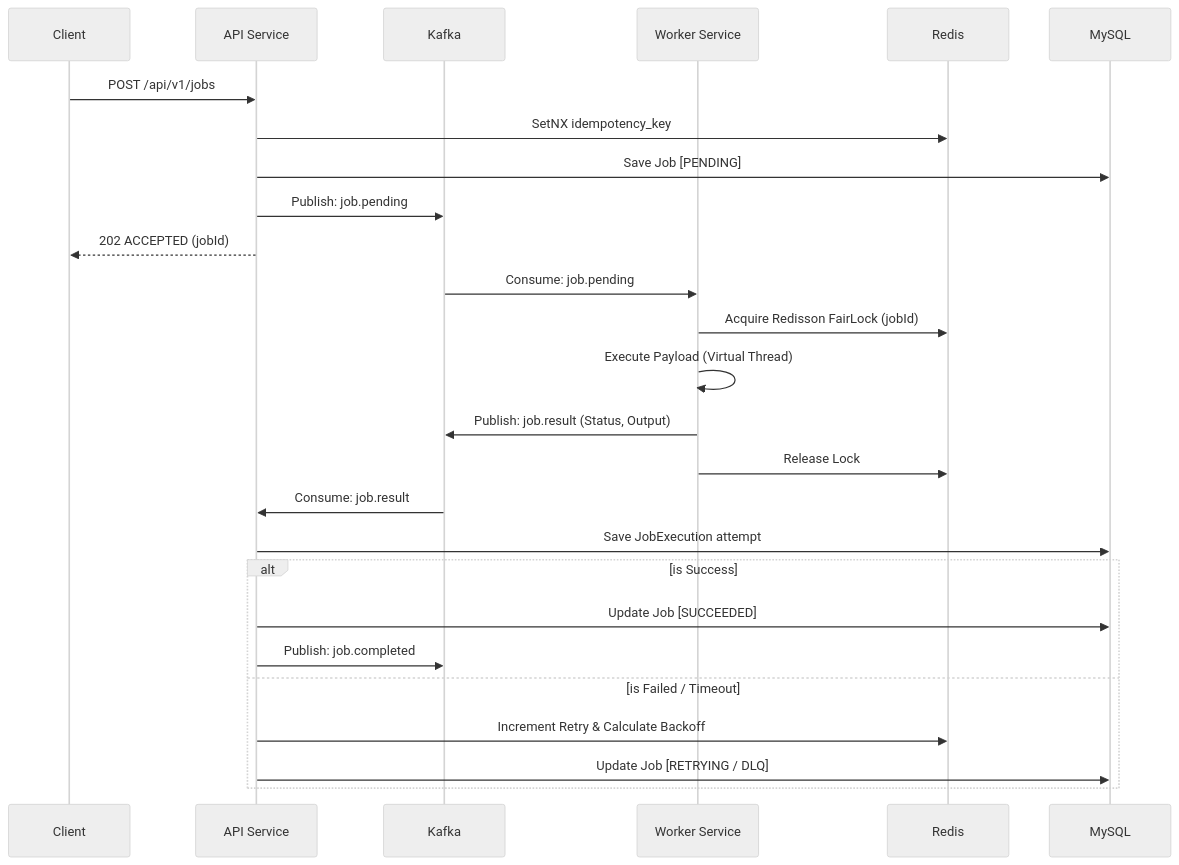
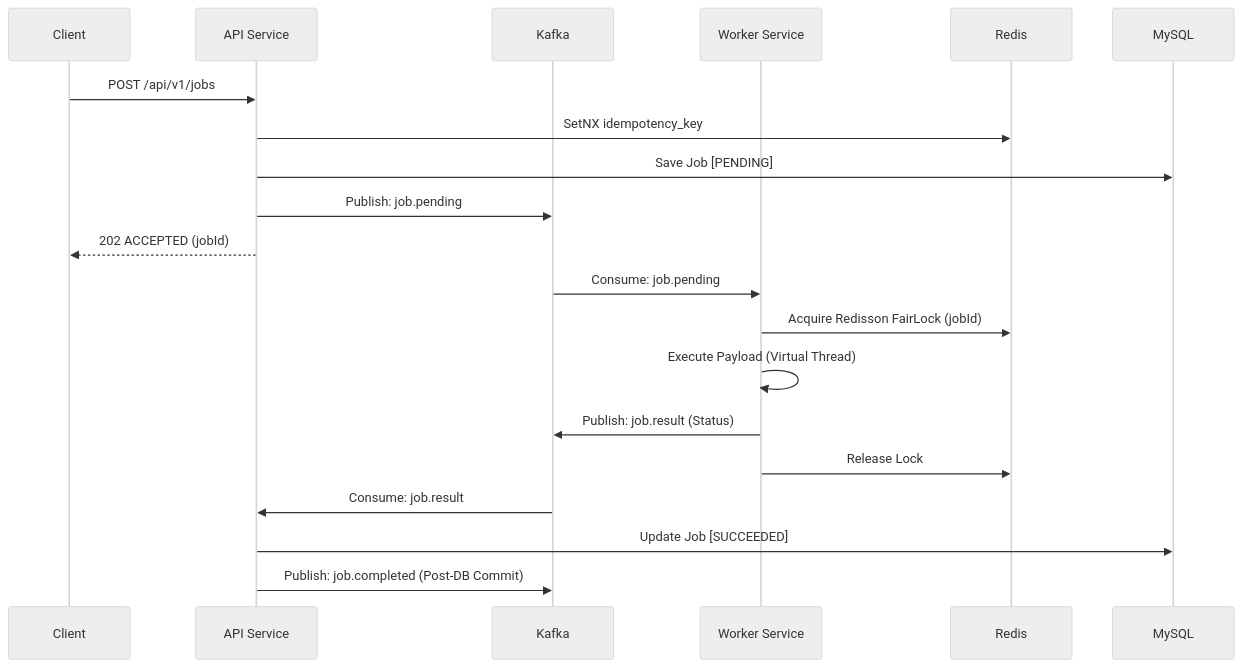
The second of 2 diagrams in README.md (shrey200634/DistributedJobForge), drawn with Mermaid (neutral theme) before and after one commit. The commit also changed other lines of this file and 6 other files, not shown here.

Commit message:
connect backend and frontend and also inckude ec2 unit test for job execution ....all test passes + update readme

````diff
--- a/README.md
+++ b/README.md
@@ -142,31 +106,25 @@
 ```mermaid
 sequenceDiagram
     participant C as Client
     participant A as API Service
     participant K as Kafka
     participant W as Worker Service
     participant R as Redis
     participant DB as MySQL
 
     C->>A: POST /api/v1/jobs
     A->>R: SetNX idempotency_key
     A->>DB: Save Job [PENDING]
     A->>K: Publish: job.pending
     A-->>C: 202 ACCEPTED (jobId)
 
     K->>W: Consume: job.pending
     W->>R: Acquire Redisson FairLock (jobId)
     W->>W: Execute Payload (Virtual Thread)
-    W->>K: Publish: job.result (Status, Output)
+    W->>K: Publish: job.result (Status)
     W->>R: Release Lock
     
     K->>A: Consume: job.result
-    A->>DB: Save JobExecution attempt
-    alt is Success
-        A->>DB: Update Job [SUCCEEDED]
-        A->>K: Publish: job.completed
-    else is Failed / Timeout
-        A->>R: Increment Retry & Calculate Backoff
-        A->>DB: Update Job [RETRYING / DLQ]
-    end
+    A->>DB: Update Job [SUCCEEDED]
+    A->>K: Publish: job.completed (Post-DB Commit)
 ```
````
